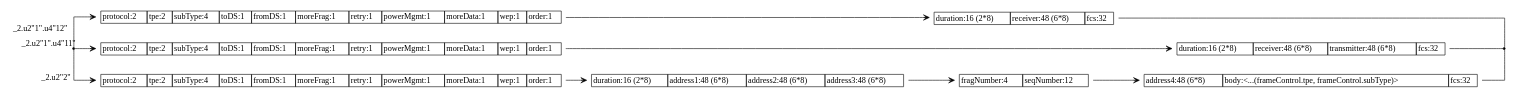
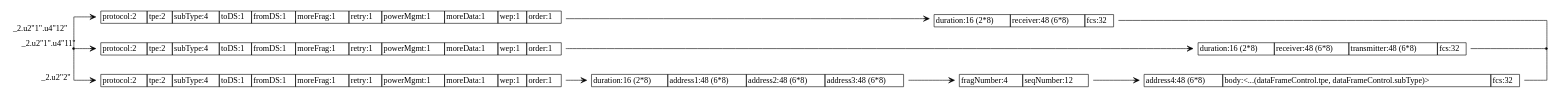
Before and after one commit to sireum/bitcodec-examples: the diagram in src/802_11/predunion/802.11-predunion-spec.dot, drawn with Graphviz. The commit also changed 25 other files, not shown here.

```diff
--- a/src/802_11/predunion/802.11-predunion-spec.dot
+++ b/src/802_11/predunion/802.11-predunion-spec.dot
@@ -1,61 +1,61 @@
 digraph G {
   rankdir = LR;
   graph [splines=ortho];
   node [shape=plaintext];
   edge [arrowhead=vee];
 
   n0 [shape=point];
-  n1 [shape=point];
+  n1 [label=<
+    <TABLE BORDER="0" CELLBORDER="1" CELLSPACING="0" TOOLTIP="cts.ctsFrameControl" HREF="#">
+      <TR><TD>protocol:2</TD><TD>tpe:2</TD><TD>subType:4</TD><TD>toDS:1</TD><TD>fromDS:1</TD><TD>moreFrag:1</TD><TD>retry:1</TD><TD>powerMgmt:1</TD><TD>moreData:1</TD><TD>wep:1</TD><TD>order:1</TD></TR>
+    </TABLE>
+  >];
   n2 [label=<
-    <TABLE BORDER="0" CELLBORDER="1" CELLSPACING="0" TOOLTIP="data" HREF="#">
-      <TR><TD>address4:48 (6*8)</TD><TD>body:&lt;...(frameControl.tpe, frameControl.subType)&gt;</TD><TD>fcs:32</TD></TR>
+    <TABLE BORDER="0" CELLBORDER="1" CELLSPACING="0" TOOLTIP="rts.rtsFrameControl" HREF="#">
+      <TR><TD>protocol:2</TD><TD>tpe:2</TD><TD>subType:4</TD><TD>toDS:1</TD><TD>fromDS:1</TD><TD>moreFrag:1</TD><TD>retry:1</TD><TD>powerMgmt:1</TD><TD>moreData:1</TD><TD>wep:1</TD><TD>order:1</TD></TR>
     </TABLE>
   >];
   n3 [label=<
-    <TABLE BORDER="0" CELLBORDER="1" CELLSPACING="0" TOOLTIP="cts" HREF="#">
-      <TR><TD>duration:16 (2*8)</TD><TD>receiver:48 (6*8)</TD><TD>fcs:32</TD></TR>
+    <TABLE BORDER="0" CELLBORDER="1" CELLSPACING="0" TOOLTIP="data.dataFrameControl" HREF="#">
+      <TR><TD>protocol:2</TD><TD>tpe:2</TD><TD>subType:4</TD><TD>toDS:1</TD><TD>fromDS:1</TD><TD>moreFrag:1</TD><TD>retry:1</TD><TD>powerMgmt:1</TD><TD>moreData:1</TD><TD>wep:1</TD><TD>order:1</TD></TR>
     </TABLE>
   >];
-  n4 [label=<
+  n4 [shape=point];
+  n5 [label=<
     <TABLE BORDER="0" CELLBORDER="1" CELLSPACING="0" TOOLTIP="rts" HREF="#">
       <TR><TD>duration:16 (2*8)</TD><TD>receiver:48 (6*8)</TD><TD>transmitter:48 (6*8)</TD><TD>fcs:32</TD></TR>
     </TABLE>
   >];
-  n5 [label=<
-    <TABLE BORDER="0" CELLBORDER="1" CELLSPACING="0" TOOLTIP="cts.frameControl" HREF="#">
-      <TR><TD>protocol:2</TD><TD>tpe:2</TD><TD>subType:4</TD><TD>toDS:1</TD><TD>fromDS:1</TD><TD>moreFrag:1</TD><TD>retry:1</TD><TD>powerMgmt:1</TD><TD>moreData:1</TD><TD>wep:1</TD><TD>order:1</TD></TR>
-    </TABLE>
-  >];
   n6 [label=<
-    <TABLE BORDER="0" CELLBORDER="1" CELLSPACING="0" TOOLTIP="rts.frameControl" HREF="#">
-      <TR><TD>protocol:2</TD><TD>tpe:2</TD><TD>subType:4</TD><TD>toDS:1</TD><TD>fromDS:1</TD><TD>moreFrag:1</TD><TD>retry:1</TD><TD>powerMgmt:1</TD><TD>moreData:1</TD><TD>wep:1</TD><TD>order:1</TD></TR>
+    <TABLE BORDER="0" CELLBORDER="1" CELLSPACING="0" TOOLTIP="data" HREF="#">
+      <TR><TD>address4:48 (6*8)</TD><TD>body:&lt;...(dataFrameControl.tpe, dataFrameControl.subType)&gt;</TD><TD>fcs:32</TD></TR>
     </TABLE>
   >];
   n7 [label=<
-    <TABLE BORDER="0" CELLBORDER="1" CELLSPACING="0" TOOLTIP="data.frameControl" HREF="#">
-      <TR><TD>protocol:2</TD><TD>tpe:2</TD><TD>subType:4</TD><TD>toDS:1</TD><TD>fromDS:1</TD><TD>moreFrag:1</TD><TD>retry:1</TD><TD>powerMgmt:1</TD><TD>moreData:1</TD><TD>wep:1</TD><TD>order:1</TD></TR>
+    <TABLE BORDER="0" CELLBORDER="1" CELLSPACING="0" TOOLTIP="cts" HREF="#">
+      <TR><TD>duration:16 (2*8)</TD><TD>receiver:48 (6*8)</TD><TD>fcs:32</TD></TR>
     </TABLE>
   >];
   n8 [label=<
     <TABLE BORDER="0" CELLBORDER="1" CELLSPACING="0" TOOLTIP="data" HREF="#">
       <TR><TD>duration:16 (2*8)</TD><TD>address1:48 (6*8)</TD><TD>address2:48 (6*8)</TD><TD>address3:48 (6*8)</TD></TR>
     </TABLE>
   >];
   n9 [label=<
     <TABLE BORDER="0" CELLBORDER="1" CELLSPACING="0" TOOLTIP="data.seqControl" HREF="#">
       <TR><TD>fragNumber:4</TD><TD>seqNumber:12</TD></TR>
     </TABLE>
   >];
 
-  n3 -> n1 [arrowhead=none];
-  n2 -> n1 [arrowhead=none];
-  n4 -> n1 [arrowhead=none];
-  n0 -> n5 [xlabel="_2.u2\"1\".u4\"12\""];
-  n5 -> n3;
-  n0 -> n6 [xlabel="_2.u2\"1\".u4\"11\""];
-  n6 -> n4;
-  n0 -> n7 [xlabel="_2.u2\"2\""];
-  n7 -> n8;
+  n0 -> n1 [xlabel="_2.u2\"1\".u4\"12\""];
+  n0 -> n2 [xlabel="_2.u2\"1\".u4\"11\""];
+  n0 -> n3 [xlabel="_2.u2\"2\""];
+  n6 -> n4 [arrowhead=none];
+  n7 -> n4 [arrowhead=none];
+  n5 -> n4 [arrowhead=none];
+  n1 -> n7;
+  n2 -> n5;
+  n3 -> n8;
   n8 -> n9;
-  n9 -> n2;
+  n9 -> n6;
 }
```
